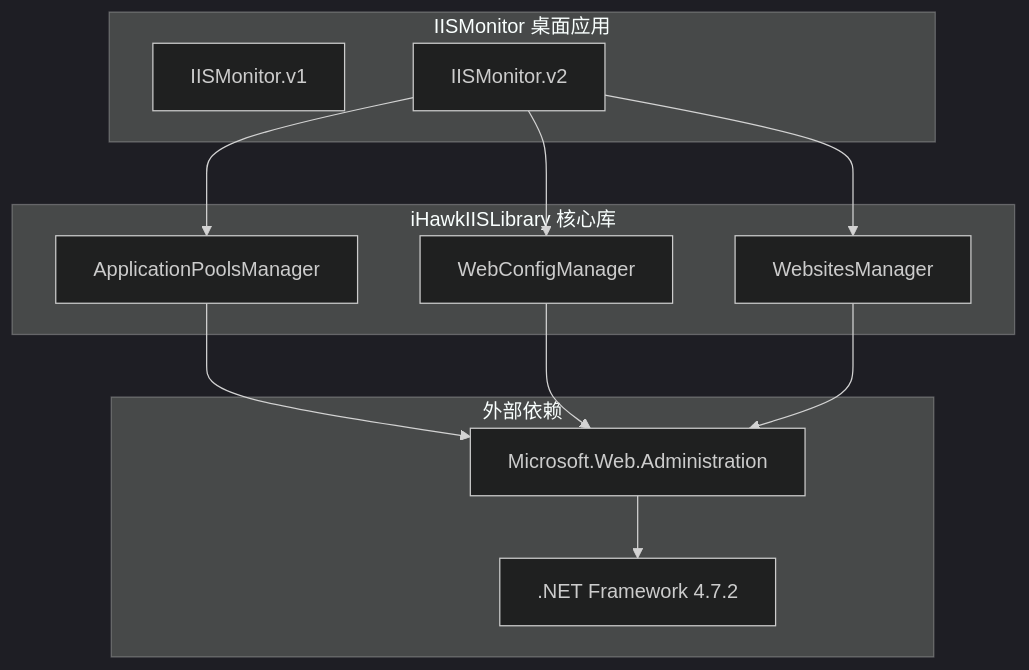
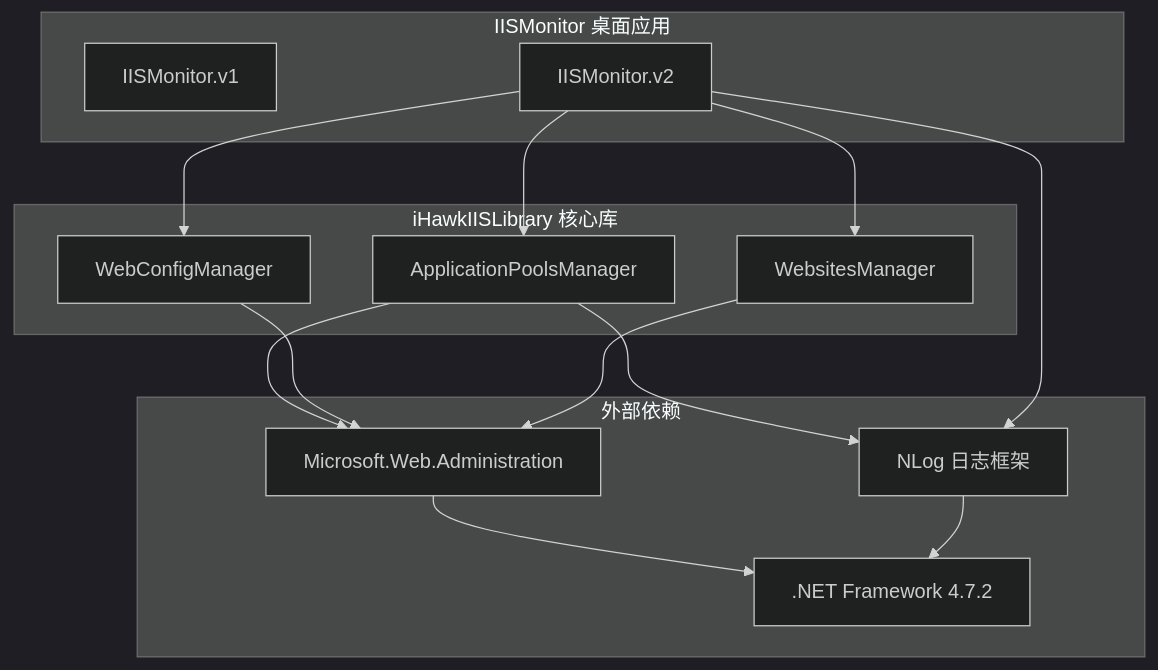
Before and after one commit to db300/IISMonitor: the first of 4 diagrams in .qoder/repowiki/zh/content/核心库文档 (iHawkIISLibrary)/ApplicationPoolsManager 应用程序池管理器.md, drawn with Mermaid (dark theme). The commit also changed other lines of this file and 5 other files, not shown here.

````diff
--- a/.qoder/repowiki/zh/content/核心库文档 (iHawkIISLibrary)/ApplicationPoolsManager 应用程序池管理器.md
+++ b/.qoder/repowiki/zh/content/核心库文档 (iHawkIISLibrary)/ApplicationPoolsManager 应用程序池管理器.md
@@ -37,23 +45,27 @@
 ```mermaid
 graph TB
 subgraph "IISMonitor 桌面应用"
 V1[IISMonitor.v1]
 V2[IISMonitor.v2]
 end
 subgraph "iHawkIISLibrary 核心库"
 APM[ApplicationPoolsManager]
 WCM[WebConfigManager]
 WSM[WebsitesManager]
 end
 subgraph "外部依赖"
 MWA[Microsoft.Web.Administration]
+NLOG[NLog 日志框架]
 NET[.NET Framework 4.7.2]
 end
 V2 --> APM
 V2 --> WCM
 V2 --> WSM
 APM --> MWA
 WCM --> MWA
 WSM --> MWA
+APM --> NLOG
+V2 --> NLOG
 MWA --> NET
+NLOG --> NET
 ```
````
